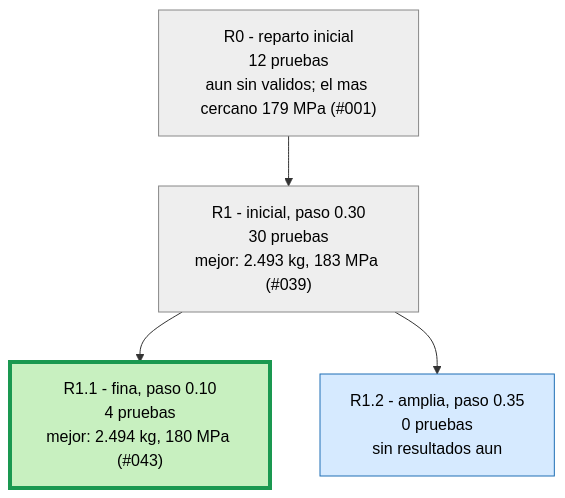
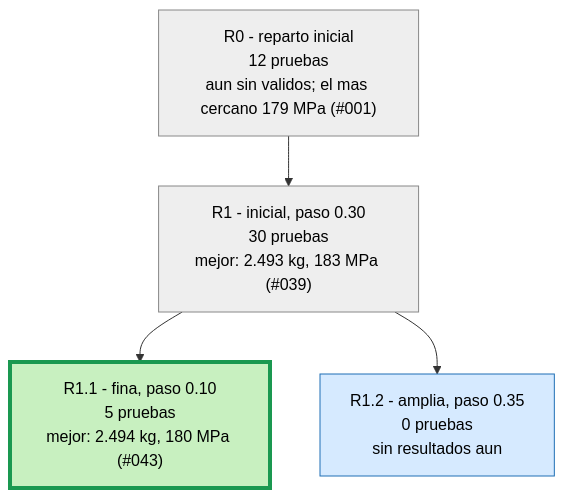
The second of 3 diagrams in runs/opt_37800N/ARBOL.md (Hugiko/msd-soporte-optimizacion), drawn with Mermaid before and after one commit. The commit also changed 20 other files, not shown here.

````diff
--- a/runs/opt_37800N/ARBOL.md
+++ b/runs/opt_37800N/ARBOL.md
@@ -21,13 +21,13 @@
 ```mermaid
 graph TD
 classDef activa fill:#d6eaff,stroke:#1f6fb5,color:#000
 classDef fin fill:#eeeeee,stroke:#888,color:#000
 classDef mejor fill:#c8f0c0,stroke:#1a9850,stroke-width:4px,color:#000
 R0["R0 - reparto inicial<br/>12 pruebas<br/>aun sin validos; el mas cercano 179 MPa (#001)"]:::fin
 R1["R1 - inicial, paso 0.30<br/>30 pruebas<br/>mejor: 2.493 kg, 183 MPa (#039)"]:::fin
 R0 --> R1
-R1_1["R1.1 - fina, paso 0.10<br/>4 pruebas<br/>mejor: 2.494 kg, 180 MPa (#043)"]:::mejor
+R1_1["R1.1 - fina, paso 0.10<br/>5 pruebas<br/>mejor: 2.494 kg, 180 MPa (#043)"]:::mejor
 R1 --> R1_1
 R1_2["R1.2 - amplia, paso 0.35<br/>0 pruebas<br/>sin resultados aun"]:::activa
 R1 --> R1_2
 ```
````
